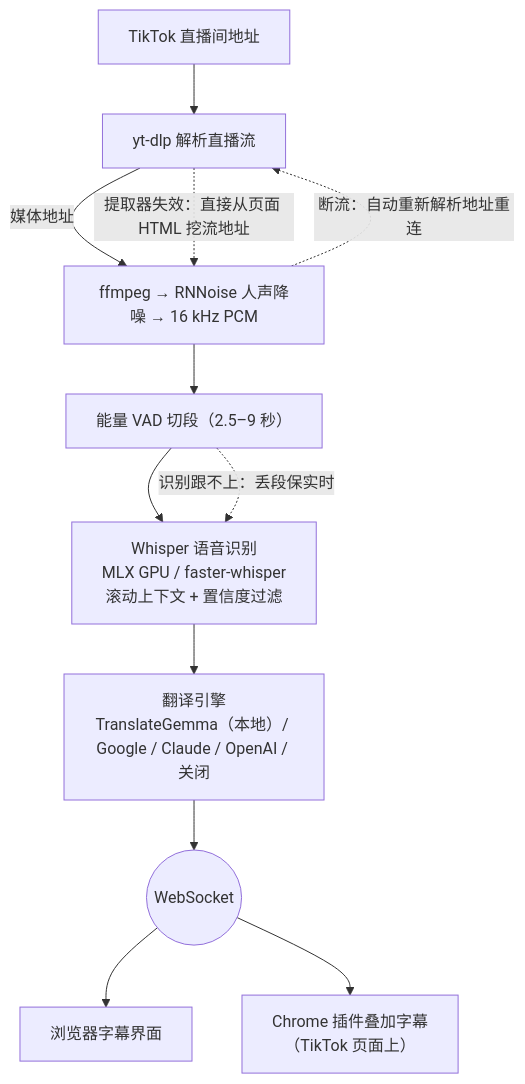
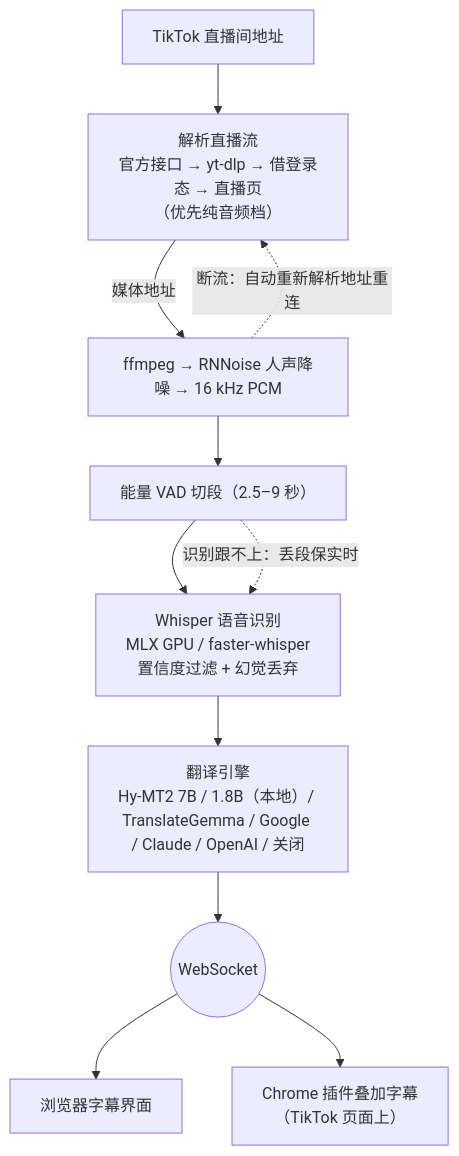
The second of 2 diagrams in README.md (EM917/tiktok-live-translator), drawn with Mermaid before and after one commit. The commit also changed other lines of this file, not shown here.

````diff
--- a/README.md
+++ b/README.md
@@ -414,14 +419,13 @@
 ```mermaid
 flowchart TD
-    URL["TikTok 直播间地址"] --> RESOLVE["yt-dlp 解析直播流"]
+    URL["TikTok 直播间地址"] --> RESOLVE["解析直播流<br/>官方接口 → yt-dlp → 借登录态 → 直播页<br/>（优先纯音频档）"]
     RESOLVE -->|"媒体地址"| FF["ffmpeg → RNNoise 人声降噪 → 16 kHz PCM"]
-    RESOLVE -.->|"提取器失效：直接从页面 HTML 挖流地址"| FF
     FF --> VAD["能量 VAD 切段（2.5–9 秒）"]
-    VAD --> ASR["Whisper 语音识别<br/>MLX GPU / faster-whisper<br/>滚动上下文 + 置信度过滤"]
-    ASR --> TR["翻译引擎<br/>TranslateGemma（本地）/ Google / Claude / OpenAI / 关闭"]
+    VAD --> ASR["Whisper 语音识别<br/>MLX GPU / faster-whisper<br/>置信度过滤 + 幻觉丢弃"]
+    ASR --> TR["翻译引擎<br/>Hy-MT2 7B / 1.8B（本地）/ TranslateGemma / Google / Claude / OpenAI / 关闭"]
     TR --> WS(("WebSocket"))
     WS --> UI["浏览器字幕界面"]
     WS --> OV["Chrome 插件叠加字幕<br/>（TikTok 页面上）"]
     FF -.->|"断流：自动重新解析地址重连"| RESOLVE
     VAD -.->|"识别跟不上：丢段保实时"| ASR
 ```
````
